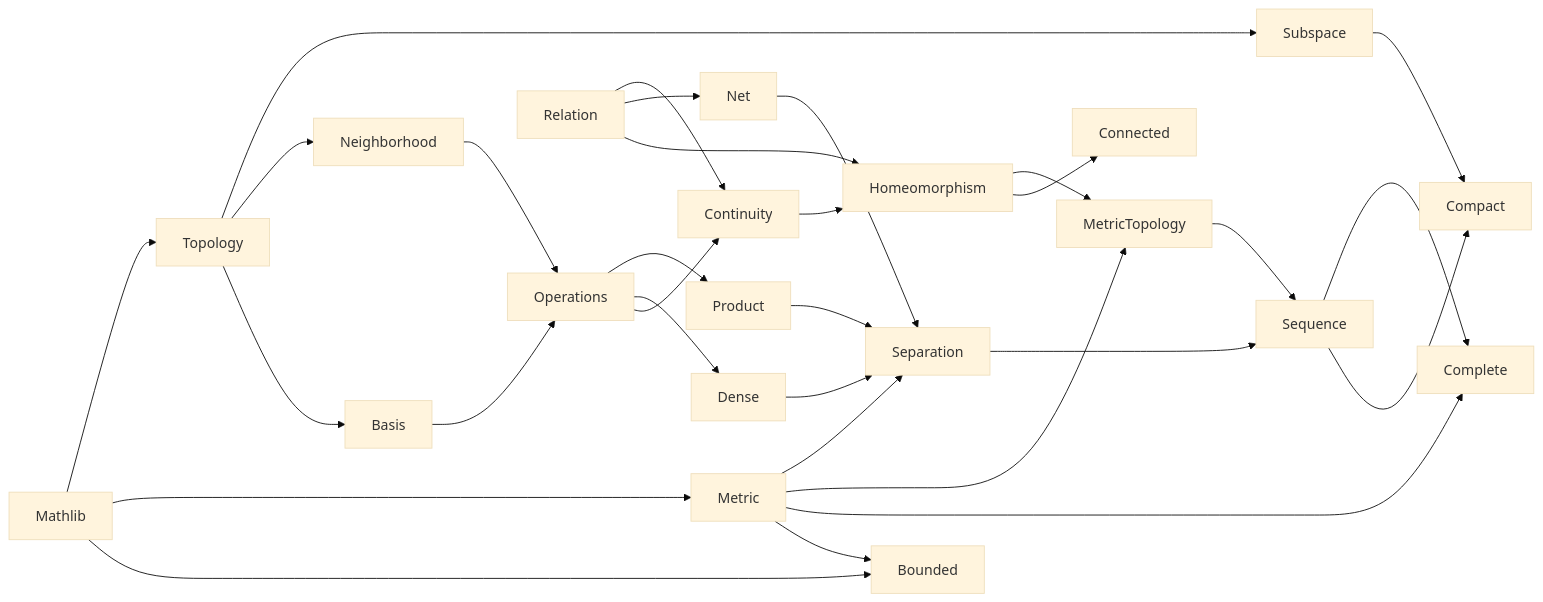
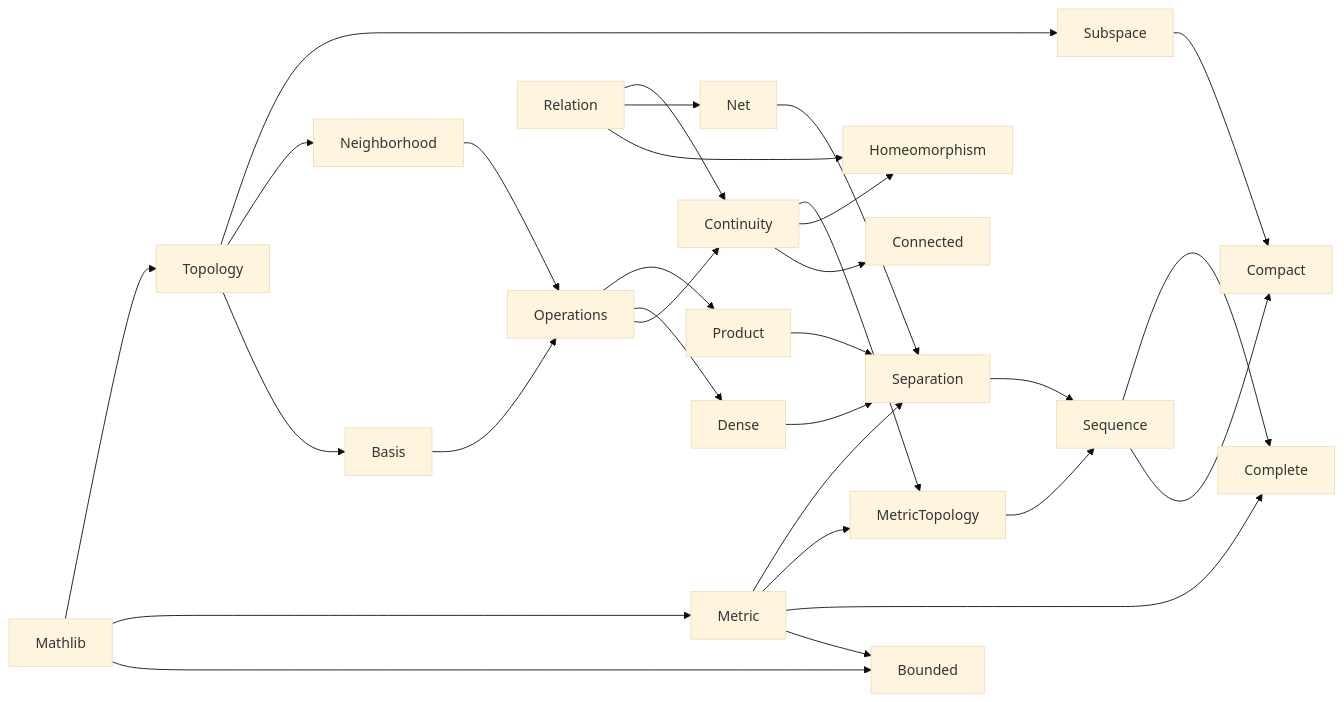
One commit to jaimesteban76-boop/basic_topology changed the diagram in README.md. Above: the diagram before and after it, drawn with Mermaid (base theme). The commit also changed 7 other files, not shown here.

````diff
--- a/README.md
+++ b/README.md
@@ -9,34 +9,34 @@
 ```mermaid
 graph LR
 
 Topology --> Basis
 Metric --> Bounded
 Mathlib --> Bounded
 Subspace --> Compact
 Sequence --> Compact
 Metric --> Complete
 Sequence --> Complete
-Homeomorphism --> Connected
+Continuity --> Connected
 Operations --> Continuity
 Operations --> Dense
 Relation --> Homeomorphism
 Continuity --> Homeomorphism
 Mathlib --> Metric
 Metric --> MetricTopology
-Homeomorphism --> MetricTopology
+Continuity --> MetricTopology
 Topology --> Neighborhood
 Relation --> Net
 Relation --> Continuity
 Basis --> Operations
 Neighborhood --> Operations
 Operations --> Product
 Net --> Separation
 Product --> Separation
 Metric --> Separation
 Dense --> Separation
 Separation --> Sequence
 MetricTopology --> Sequence
 Topology --> Subspace
 Mathlib --> Topology
 
 ```
````
